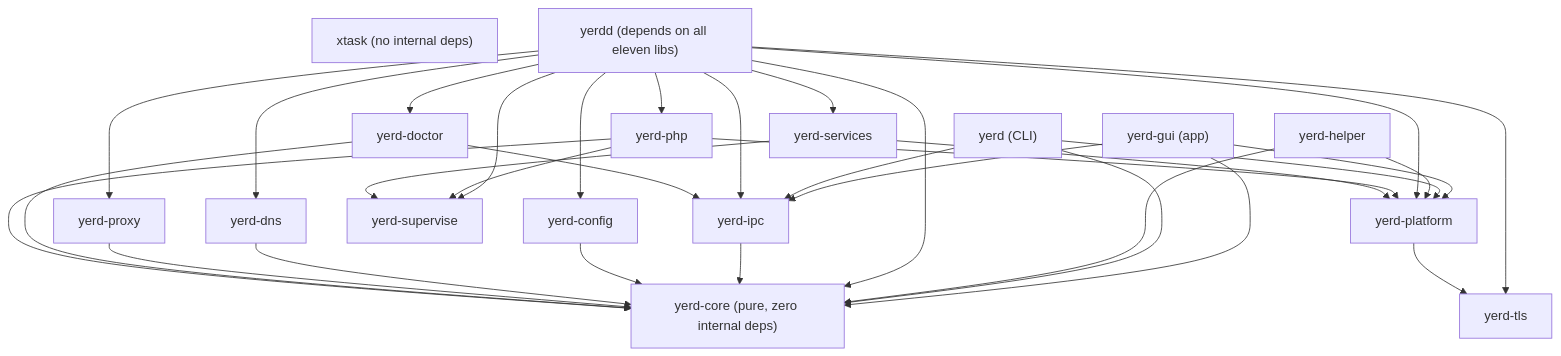
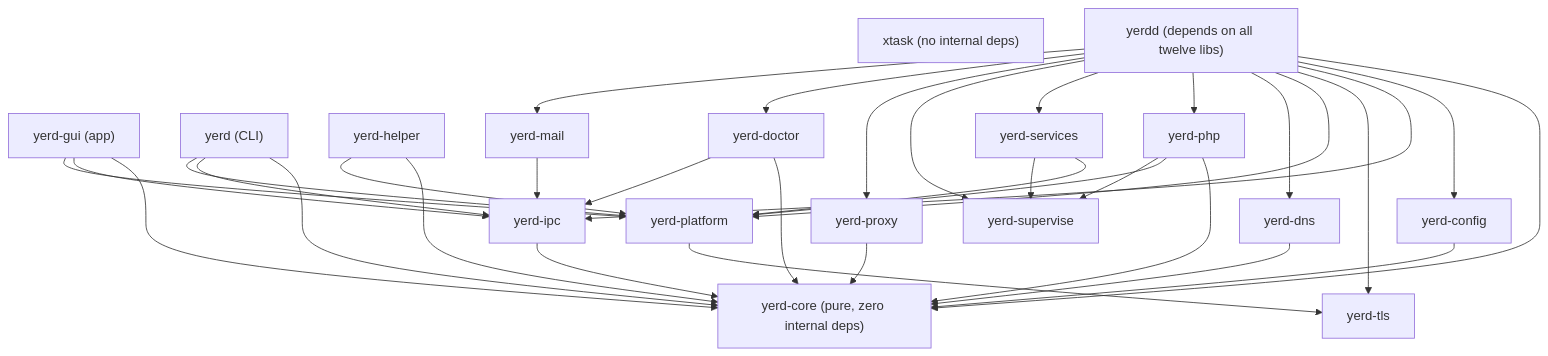
One commit to forjedio/yerd changed the diagram in docs/developer/crates.md. Above: the diagram before and after it, drawn with Mermaid. The commit also changed other lines of this file and 18 other files, not shown here.

````diff
--- a/docs/developer/crates.md
+++ b/docs/developer/crates.md
@@ -70,56 +71,59 @@
 ```mermaid
 flowchart TD
     gui["yerd-gui (app)"]
     xtask["xtask (no internal deps)"]
     yerd["yerd (CLI)"]
-    yerdd["yerdd (depends on all eleven libs)"]
+    yerdd["yerdd (depends on all twelve libs)"]
     helper["yerd-helper"]
 
     ipc["yerd-ipc"]
     config["yerd-config"]
     dns["yerd-dns"]
     proxy["yerd-proxy"]
     php["yerd-php"]
     services["yerd-services"]
     supervise["yerd-supervise"]
     doctor["yerd-doctor"]
     tls["yerd-tls"]
     platform["yerd-platform"]
+    mail["yerd-mail"]
     core["yerd-core (pure, zero internal deps)"]
 
     gui --> core
     gui --> ipc
     gui --> platform
 
     yerd --> core
     yerd --> ipc
     yerd --> platform
 
     helper --> core
     helper --> platform
 
     yerdd --> core
     yerdd --> config
     yerdd --> ipc
     yerdd --> tls
     yerdd --> platform
     yerdd --> dns
     yerdd --> php
     yerdd --> services
     yerdd --> supervise
     yerdd --> proxy
     yerdd --> doctor
+    yerdd --> mail
 
     ipc --> core
     config --> core
     dns --> core
     proxy --> core
     doctor --> core
     doctor --> ipc
+    mail --> ipc
     php --> core
     php --> platform
     php --> supervise
     services --> platform
     services --> supervise
     platform --> tls
 ```
````
